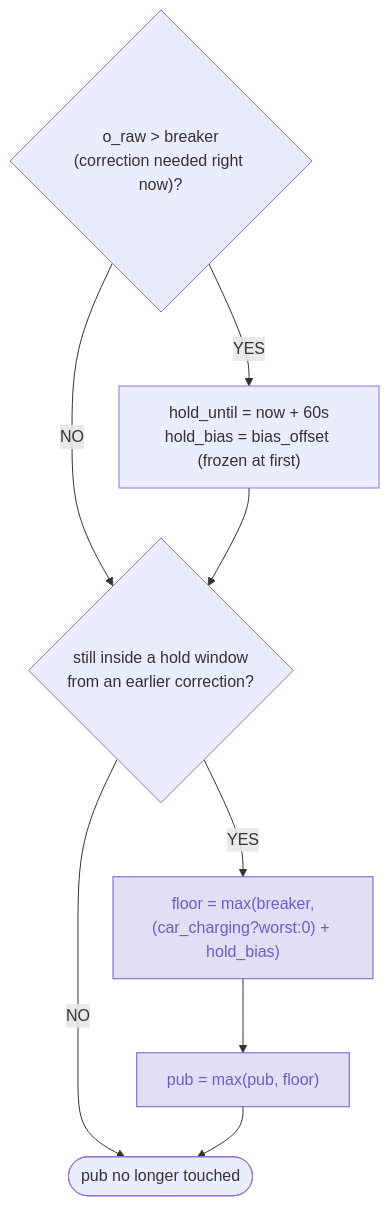
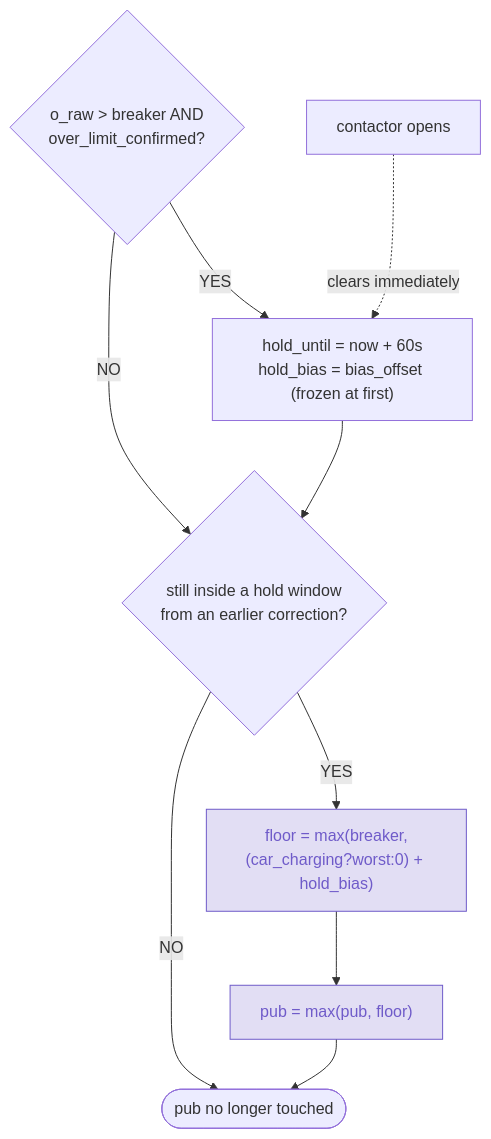
The fourth of 7 diagrams in docs/decision-tree.md (PVi1/esphome-twc-control), drawn with Mermaid before and after one commit. The commit also changed other lines of this file and 1 other file, not shown here.

First line of the commit message:
docs: document multi-phase engagement, near-limit handoff, and AGG blind spot

````diff
--- a/docs/decision-tree.md
+++ b/docs/decision-tree.md
@@ -164,13 +299,14 @@
 ```mermaid
 flowchart TD
-    A{"o_raw > breaker<br/>(correction needed right now)?"} -- "YES" --> B["hold_until = now + 60s<br/>hold_bias = bias_offset (frozen at first)"]
+    A{"o_raw > breaker AND<br/>over_limit_confirmed?"} -- "YES" --> B["hold_until = now + 60s<br/>hold_bias = bias_offset (frozen at first)"]
     A -- "NO" --> C{"still inside a hold window<br/>from an earlier correction?"}
     B --> C
     C -- "YES" --> D["floor = max(breaker,<br/>(car_charging?worst:0) + hold_bias)"]
     C -- "NO" --> E(["pub no longer touched"])
     D --> F["pub = max(pub, floor)"]
     F --> E
+    Z["contactor opens"] -.->|"clears immediately"| B
     classDef hold fill:#6f5bc933,stroke:#6f5bc9,color:#6f5bc9
     class D hold
     class F hold
 ```
````
